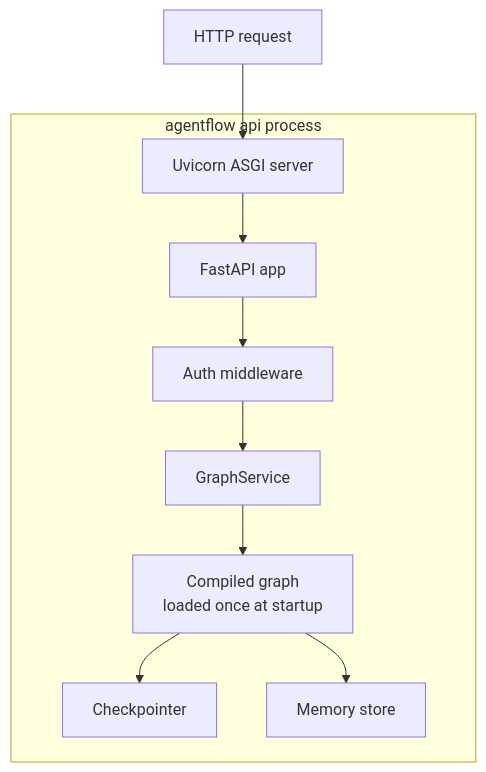
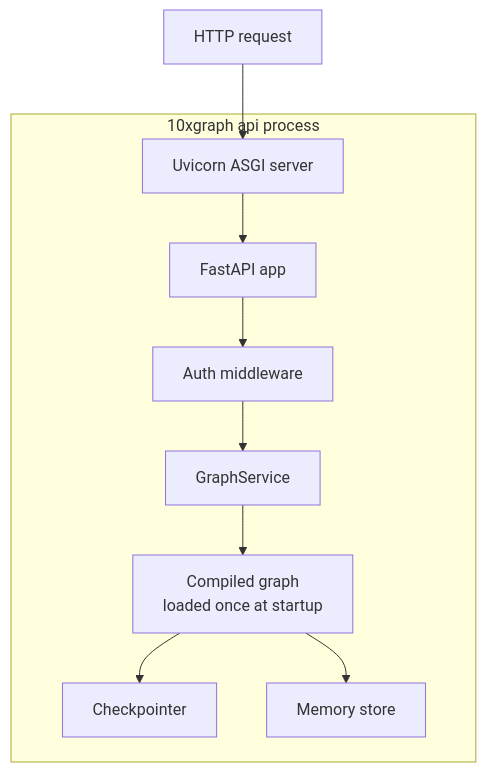
One commit to 10xHub/agentflow-docs changed the first of 2 diagrams in src/content/docs/concepts/production-runtime.md. Above: the diagram before and after it, drawn with Mermaid. The commit also changed other lines of this file and 248 other files, not shown here.

````diff
--- a/src/content/docs/concepts/production-runtime.md
+++ b/src/content/docs/concepts/production-runtime.md
@@ -15,20 +16,20 @@
 ```mermaid
 flowchart TB
-  subgraph Process["agentflow api process"]
+  subgraph Process["10xgraph api process"]
     Uvicorn[Uvicorn ASGI server]
     FastAPI[FastAPI app]
     Auth[Auth middleware]
     GraphService[GraphService]
     CompiledGraph[Compiled graph\nloaded once at startup]
     Checkpointer[Checkpointer]
     Store[Memory store]
   end
 
   Request[HTTP request] --> Uvicorn
   Uvicorn --> FastAPI
   FastAPI --> Auth
   Auth --> GraphService
   GraphService --> CompiledGraph
   CompiledGraph --> Checkpointer
   CompiledGraph --> Store
 ```
````
